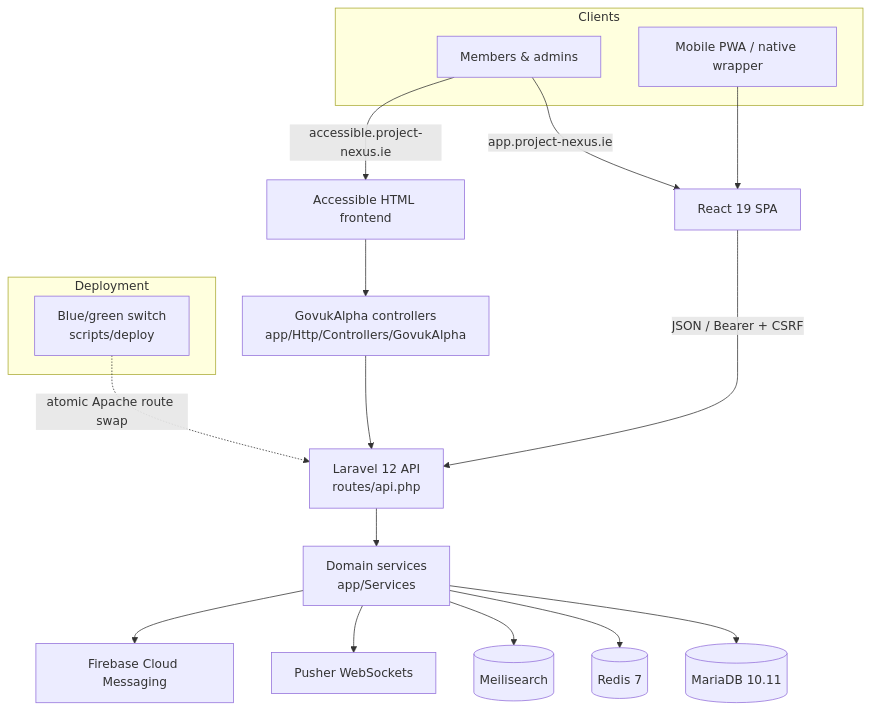
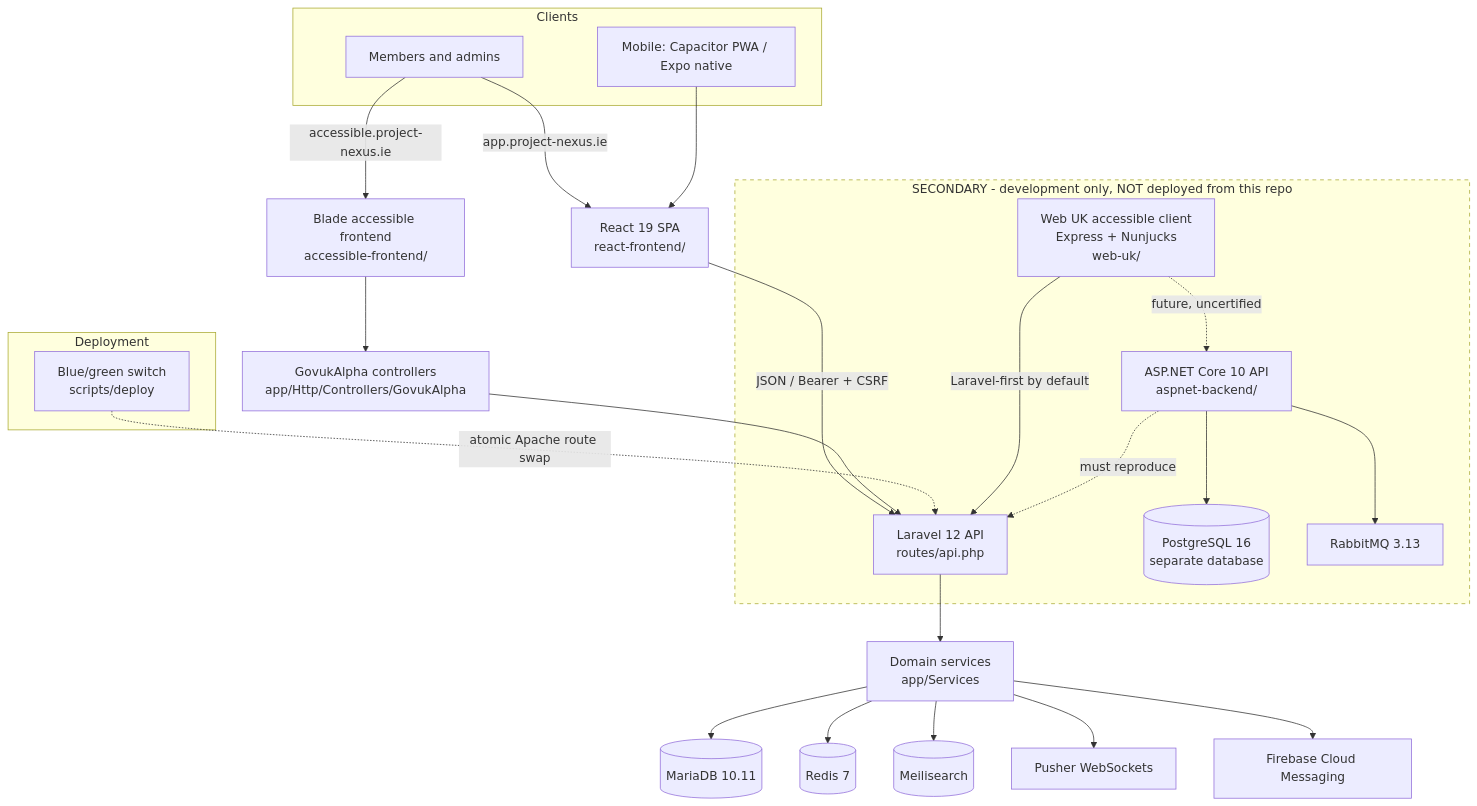
One commit to jasperfordesq-ai/Project-NEXUS changed the diagram in README.md. Above: the diagram before and after it, drawn with Mermaid. The commit also changed other lines of this file and 2 other files, not shown here.

First line of the commit message:
docs: describe the full two-backend, three-client stack in root documentation

````diff
--- a/README.md
+++ b/README.md
@@ -85,26 +122,42 @@
 ```mermaid
 flowchart TD
     subgraph Clients
-        U[Members & admins]
-        M[Mobile PWA / native wrapper]
+        U[Members and admins]
+        M[Mobile: Capacitor PWA / Expo native]
     end
-    U -->|app.project-nexus.ie| RC[React 19 SPA]
-    U -->|accessible.project-nexus.ie| AC[Accessible HTML frontend]
+
+    U -->|app.project-nexus.ie| RC[React 19 SPA<br/>react-frontend/]
+    U -->|accessible.project-nexus.ie| AC[Blade accessible frontend<br/>accessible-frontend/]
     M --> RC
 
     RC -->|JSON / Bearer + CSRF| API[Laravel 12 API<br/>routes/api.php]
     AC --> GC[GovukAlpha controllers<br/>app/Http/Controllers/GovukAlpha]
     GC --> API
 
     API --> SVC[Domain services<br/>app/Services]
     SVC --> DB[(MariaDB 10.11)]
     SVC --> RED[(Redis 7)]
     SVC --> MEI[(Meilisearch)]
     SVC --> PUSH[Pusher WebSockets]
     SVC --> FCM[Firebase Cloud Messaging]
 
     subgraph Deployment
         BG[Blue/green switch<br/>scripts/deploy]
     end
-    BG -.atomic Apache route swap.-> API
+    BG -. atomic Apache route swap .-> API
+
+    subgraph SEC ["SECONDARY - development only, NOT deployed from this repo"]
+        WU[Web UK accessible client<br/>Express + Nunjucks<br/>web-uk/]
+        ASP[ASP.NET Core 10 API<br/>aspnet-backend/]
+        PG[(PostgreSQL 16<br/>separate database)]
+        MQ[RabbitMQ 3.13]
+        ASP --> PG
+        ASP --> MQ
+        WU -->|Laravel-first by default| API
+        WU -. future, uncertified .-> ASP
+    end
+
+    ASP -. must reproduce .-> API
+
+    style SEC stroke-dasharray: 5 5
 ```
````
